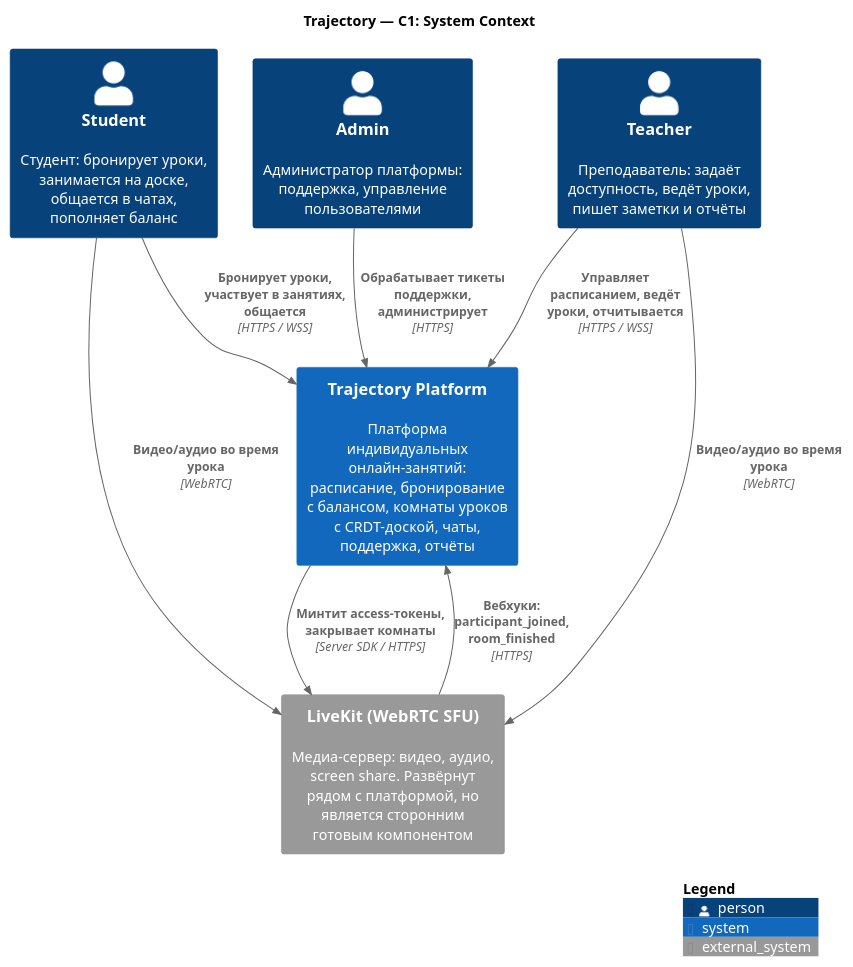
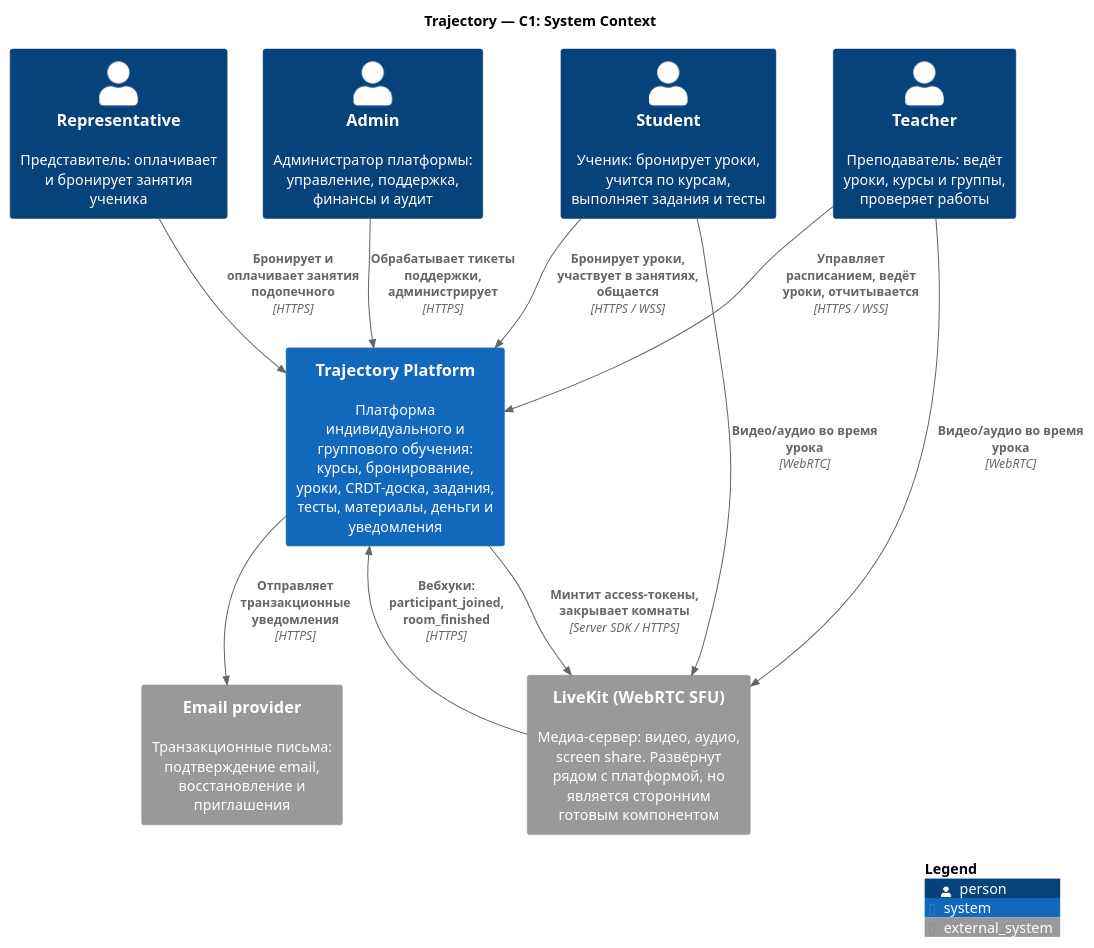
Before and after one commit to trajectory-platform/architeture: the diagram in Системный анализ/diagrams/c4/c1-context.puml, drawn with PlantUML. The commit also changed 57 other files, not shown here.

```diff
--- a/Системный анализ/diagrams/c4/c1-context.puml
+++ b/Системный анализ/diagrams/c4/c1-context.puml
@@ -1,25 +1,29 @@
 @startuml c1-context
 !include <C4/C4_Context>
 
 title Trajectory — C1: System Context
 
-Person(student, "Student", "Студент: бронирует уроки, занимается на доске, общается в чатах, пополняет баланс")
-Person(teacher, "Teacher", "Преподаватель: задаёт доступность, ведёт уроки, пишет заметки и отчёты")
-Person(admin, "Admin", "Администратор платформы: поддержка, управление пользователями")
+Person(student, "Student", "Ученик: бронирует уроки, учится по курсам, выполняет задания и тесты")
+Person(teacher, "Teacher", "Преподаватель: ведёт уроки, курсы и группы, проверяет работы")
+Person(representative, "Representative", "Представитель: оплачивает и бронирует занятия ученика")
+Person(admin, "Admin", "Администратор платформы: управление, поддержка, финансы и аудит")
 
-System(trajectory, "Trajectory Platform", "Платформа индивидуальных онлайн-занятий: расписание, бронирование с балансом, комнаты уроков с CRDT-доской, чаты, поддержка, отчёты")
+System(trajectory, "Trajectory Platform", "Платформа индивидуального и группового обучения: курсы, бронирование, уроки, CRDT-доска, задания, тесты, материалы, деньги и уведомления")
 
 System_Ext(livekit, "LiveKit (WebRTC SFU)", "Медиа-сервер: видео, аудио, screen share. Развёрнут рядом с платформой, но является сторонним готовым компонентом")
+System_Ext(email, "Email provider", "Транзакционные письма: подтверждение email, восстановление и приглашения")
 
 Rel(student, trajectory, "Бронирует уроки, участвует в занятиях, общается", "HTTPS / WSS")
 Rel(teacher, trajectory, "Управляет расписанием, ведёт уроки, отчитывается", "HTTPS / WSS")
+Rel(representative, trajectory, "Бронирует и оплачивает занятия подопечного", "HTTPS")
 Rel(admin, trajectory, "Обрабатывает тикеты поддержки, администрирует", "HTTPS")
 
 Rel(student, livekit, "Видео/аудио во время урока", "WebRTC")
 Rel(teacher, livekit, "Видео/аудио во время урока", "WebRTC")
 
 Rel(trajectory, livekit, "Минтит access-токены, закрывает комнаты", "Server SDK / HTTPS")
 Rel(livekit, trajectory, "Вебхуки: participant_joined, room_finished", "HTTPS")
+Rel(trajectory, email, "Отправляет транзакционные уведомления", "HTTPS")
 
 SHOW_LEGEND()
 @enduml
```
